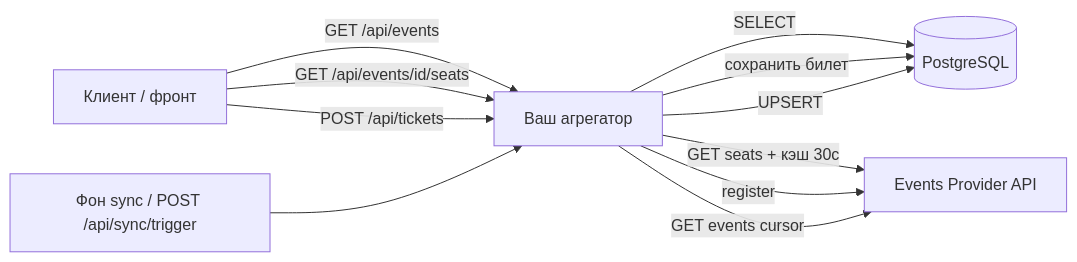
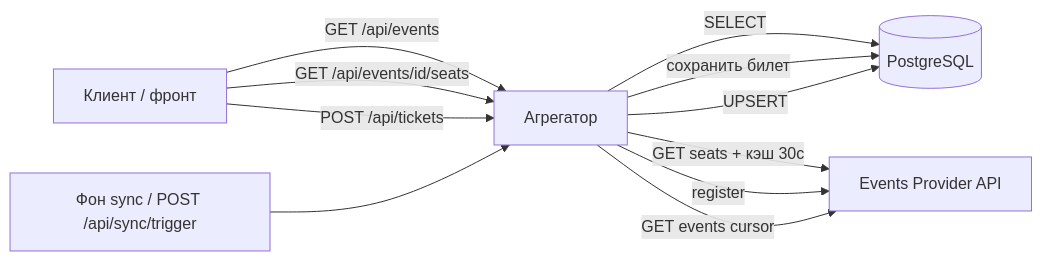
The diagram in README.md (AveGeorges/EventsAPIAgregatorService), drawn with Mermaid before and after one commit. The commit also changed other lines of this file and 6 other files, not shown here.

````diff
--- a/README.md
+++ b/README.md
@@ -5,22 +66,22 @@
 ```mermaid
 flowchart LR
   Client[Клиент / фронт]
-  Agg[Ваш агрегатор]
+  Agg[Агрегатор]
   DB[(PostgreSQL)]
   Prov[Events Provider API]
 
   Client -->|GET /api/events| Agg
   Agg -->|SELECT| DB
 
   Client -->|GET /api/events/id/seats| Agg
   Agg -->|GET seats + кэш 30с| Prov
 
   Client -->|POST /api/tickets| Agg
   Agg -->|register| Prov
   Agg -->|сохранить билет| DB
 
   Worker[Фон sync / POST /api/sync/trigger]
   Worker --> Agg
   Agg -->|GET events cursor| Prov
   Agg -->|UPSERT| DB
 ```
````
